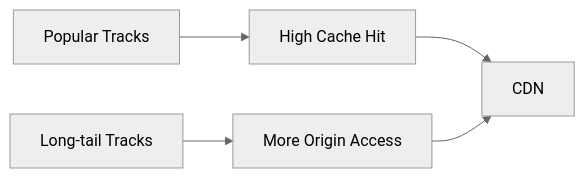
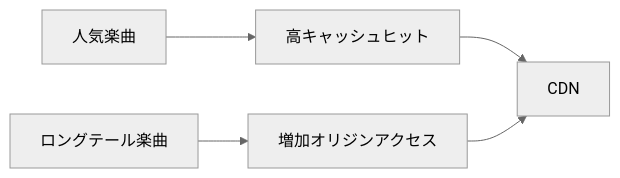
One commit to ShigeichiroYamasaki/creator-first-platform changed the eighth of 47 diagrams in docs/whitepaper/12-infrastructure-cost.md. Above: the diagram before and after it, drawn with Mermaid (neutral theme). The commit also changed other lines of this file and 72 other files, not shown here.

````diff
--- a/docs/whitepaper/12-infrastructure-cost.md
+++ b/docs/whitepaper/12-infrastructure-cost.md
@@ -353,11 +353,11 @@
 ```mermaid
 flowchart LR
-    POP[Popular Tracks]
-    LONG[Long-tail Tracks]
+    POP[人気楽曲]
+    LONG[ロングテール楽曲]
 
-    POP --> CACHE[High Cache Hit]
-    LONG --> ORIGIN[More Origin Access]
+    POP --> CACHE[高キャッシュヒット]
+    LONG --> ORIGIN[増加オリジンアクセス]
 
     CACHE --> CDN[CDN]
     ORIGIN --> CDN
 ```
````
